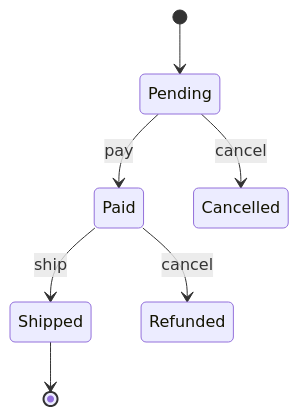
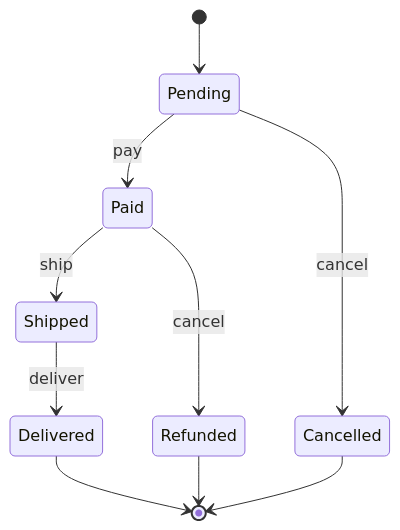
Before and after one commit to hshtgbrendo/software-dev-prep: the second of 3 diagrams in design/1 Software Design/Behavioral Patterns.md, drawn with Mermaid. The commit also changed other lines of this file and 28 other files, not shown here.

````diff
--- a/design/1 Software Design/Behavioral Patterns.md
+++ b/design/1 Software Design/Behavioral Patterns.md
@@ -106,9 +236,12 @@
 ```mermaid
 stateDiagram-v2
   [*] --> Pending
   Pending --> Paid: pay
   Pending --> Cancelled: cancel
   Paid --> Shipped: ship
   Paid --> Refunded: cancel
-  Shipped --> [*]
+  Shipped --> Delivered: deliver
+  Delivered --> [*]
+  Cancelled --> [*]
+  Refunded --> [*]
 ```
````
